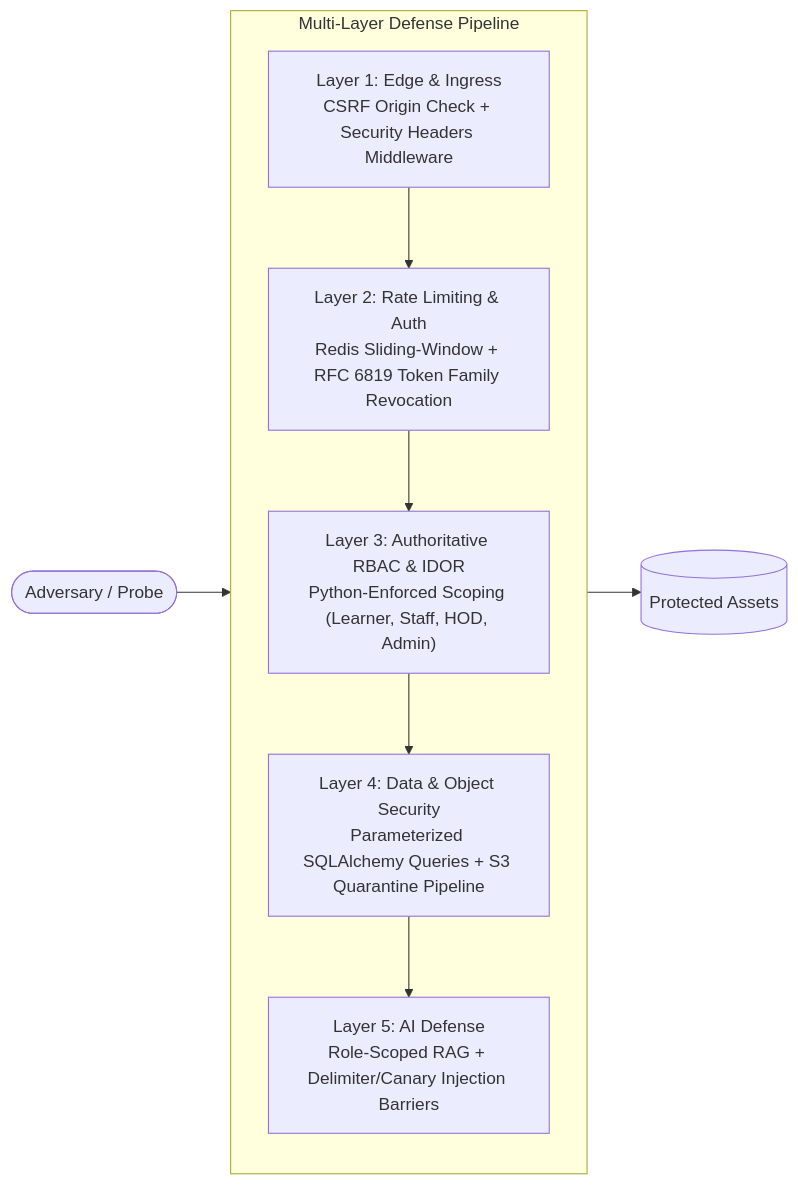
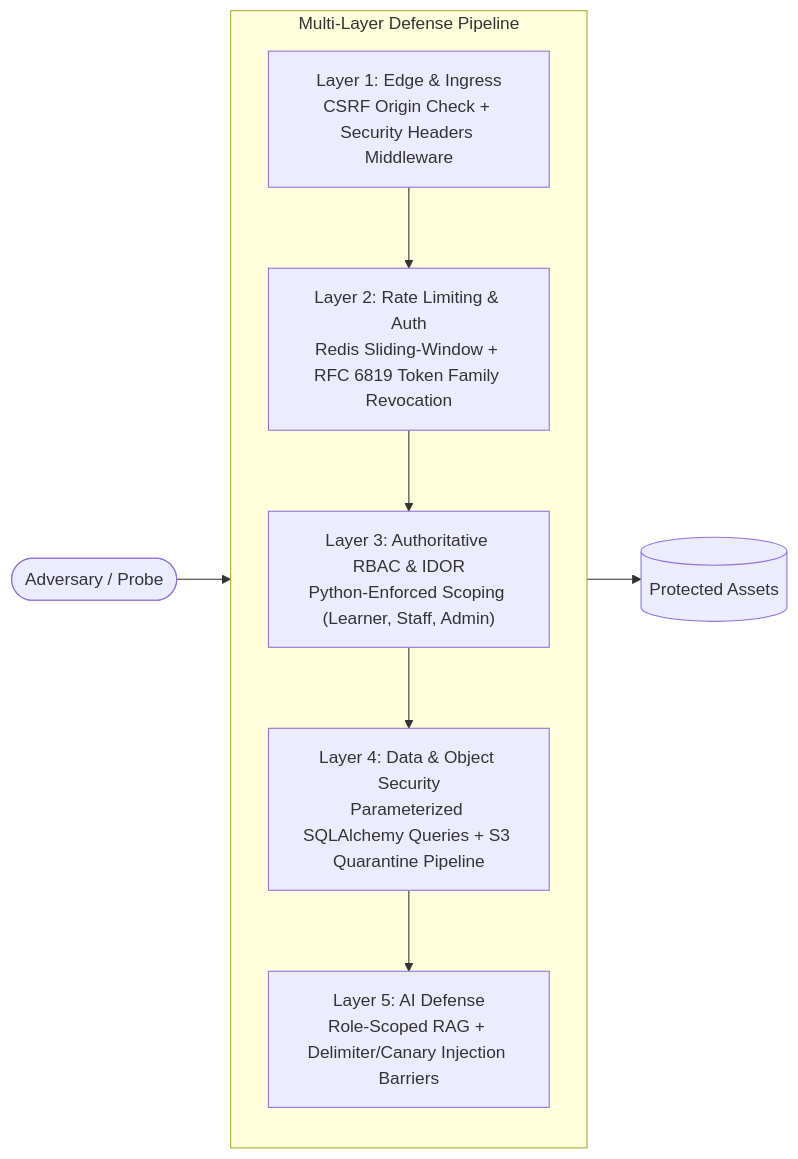
Before and after one commit to Austin-Joshua/Learn-Flow: the first of 2 diagrams in docs/SECURITY.md, drawn with Mermaid. The commit also changed 11 other files, not shown here.

````diff
--- a/docs/SECURITY.md
+++ b/docs/SECURITY.md
@@ -7,13 +7,13 @@
 ```mermaid
 flowchart LR
     subgraph Defenses["Multi-Layer Defense Pipeline"]
         direction TB
         L1["Layer 1: Edge & Ingress\nCSRF Origin Check + Security Headers Middleware"]
         L2["Layer 2: Rate Limiting & Auth\nRedis Sliding-Window + RFC 6819 Token Family Revocation"]
-        L3["Layer 3: Authoritative RBAC & IDOR\nPython-Enforced Scoping (Learner, Staff, HOD, Admin)"]
+        L3["Layer 3: Authoritative RBAC & IDOR\nPython-Enforced Scoping (Learner, Staff, Admin)"]
         L4["Layer 4: Data & Object Security\nParameterized SQLAlchemy Queries + S3 Quarantine Pipeline"]
         L5["Layer 5: AI Defense\nRole-Scoped RAG + Delimiter/Canary Injection Barriers"]
     end
     
     Attacker([Adversary / Probe]) --> L1 --> L2 --> L3 --> L4 --> L5 --> Safe[(Protected Assets)]
 ```
````
